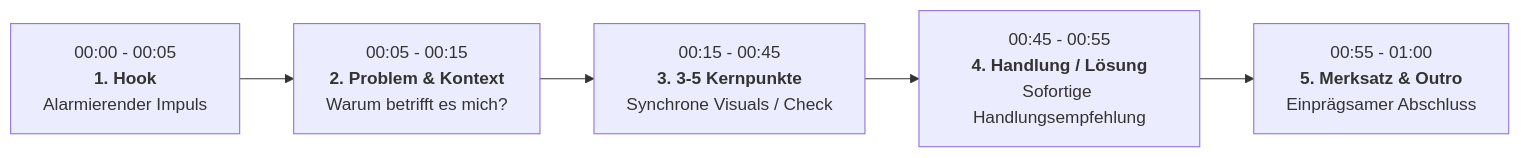
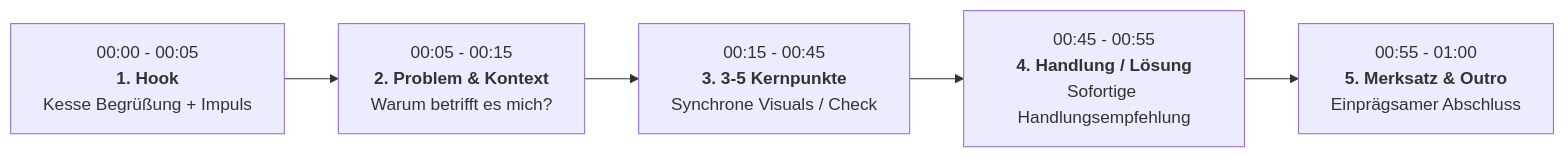
One commit to krocon/template-video-creation changed the diagram in AGENTS.md. Above: the diagram before and after it, drawn with Mermaid. The commit also changed other lines of this file and 14 other files, not shown here.

Commit message:
add mandatory greeting support for DE/EN, update scripts, timeline, and styles

````diff
--- a/AGENTS.md
+++ b/AGENTS.md
@@ -84,7 +89,7 @@
 ```mermaid
 graph LR
-    A["00:00 - 00:05<br/><b>1. Hook</b><br/>Alarmierender Impuls"] --> B["00:05 - 00:15<br/><b>2. Problem & Kontext</b><br/>Warum betrifft es mich?"]
+    A["00:00 - 00:05<br/><b>1. Hook</b><br/>Kesse Begrüßung + Impuls"] --> B["00:05 - 00:15<br/><b>2. Problem & Kontext</b><br/>Warum betrifft es mich?"]
     B --> C["00:15 - 00:45<br/><b>3. 3-5 Kernpunkte</b><br/>Synchrone Visuals / Check"]
     C --> D["00:45 - 00:55<br/><b>4. Handlung / Lösung</b><br/>Sofortige Handlungsempfehlung"]
     D --> E["00:55 - 01:00<br/><b>5. Merksatz & Outro</b><br/>Einprägsamer Abschluss"]
 ```
````
